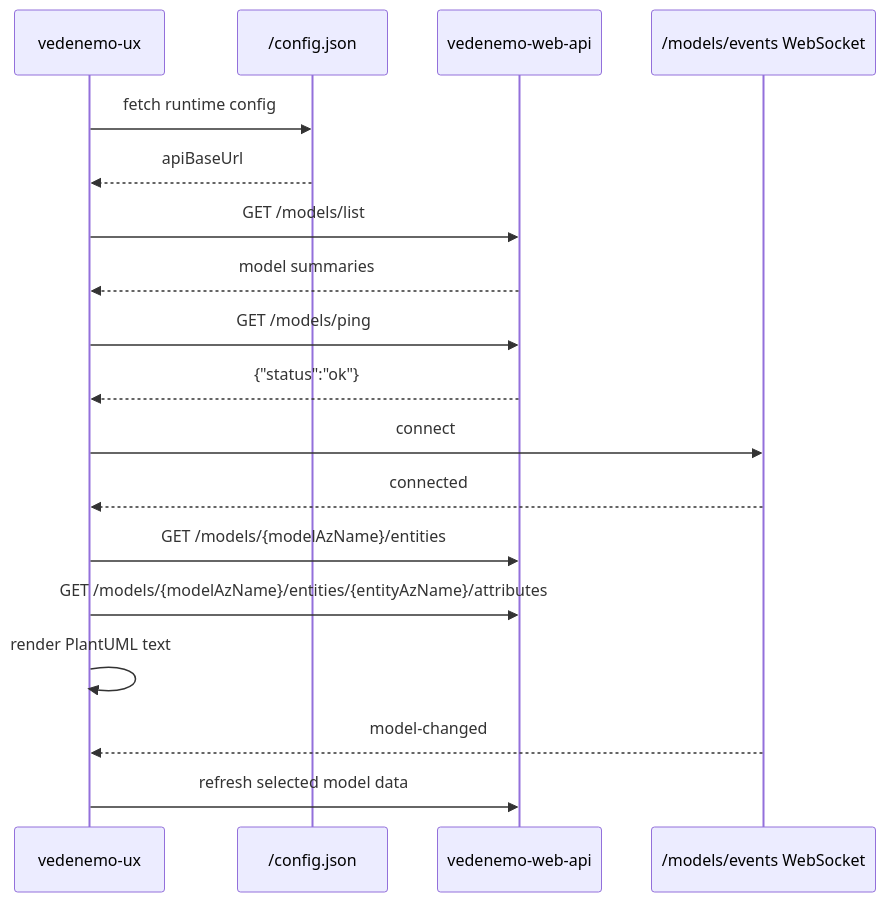
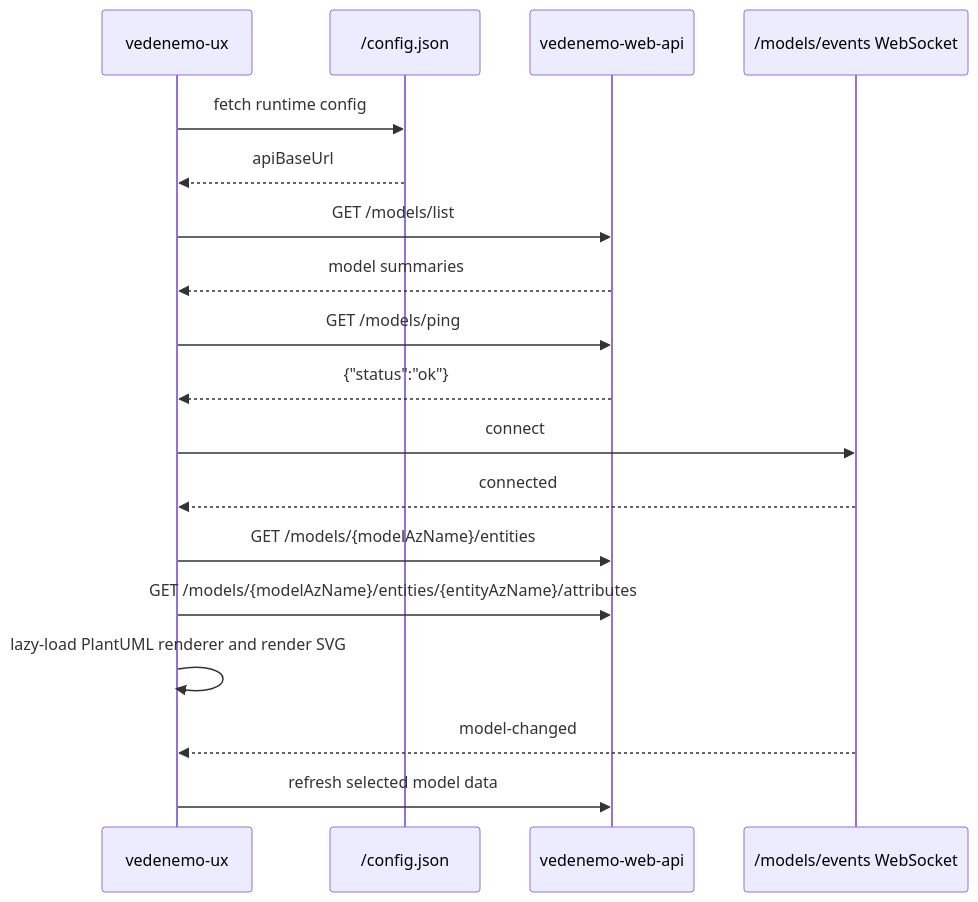
One commit to VedenemoDev/VedenemoMonorepo changed the seventh of 7 diagrams in docs/architecture_doc.md. Above: the diagram before and after it, drawn with Mermaid. The commit also changed other lines of this file and 9 other files, not shown here.

First line of the commit message:
Render PlantUML diagrams visually in UX

````diff
--- a/docs/architecture_doc.md
+++ b/docs/architecture_doc.md
@@ -510,21 +515,21 @@
 ```mermaid
 sequenceDiagram
     participant UX as vedenemo-ux
     participant Config as /config.json
     participant API as vedenemo-web-api
     participant Events as /models/events WebSocket
 
     UX->>Config: fetch runtime config
     Config-->>UX: apiBaseUrl
     UX->>API: GET /models/list
     API-->>UX: model summaries
     UX->>API: GET /models/ping
     API-->>UX: {"status":"ok"}
     UX->>Events: connect
     Events-->>UX: connected
     UX->>API: GET /models/{modelAzName}/entities
     UX->>API: GET /models/{modelAzName}/entities/{entityAzName}/attributes
-    UX->>UX: render PlantUML text
+    UX->>UX: lazy-load PlantUML renderer and render SVG
     Events-->>UX: model-changed
     UX->>API: refresh selected model data
 ```
````
